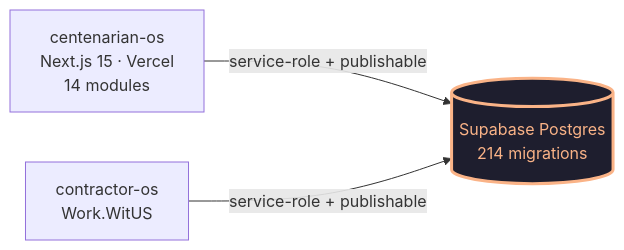
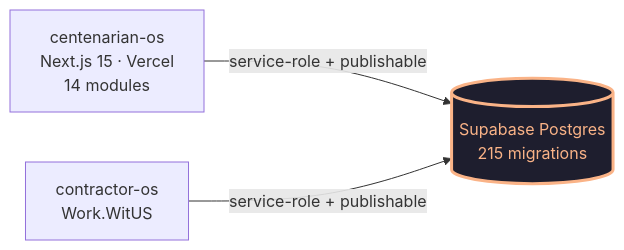
Before and after one commit to dapperAuteur/centenarian-os: the diagram in README.md, drawn with Mermaid. The commit also changed other lines of this file and 7 other files, not shown here.

````diff
--- a/README.md
+++ b/README.md
@@ -27,12 +27,12 @@
 ```mermaid
 flowchart LR
   classDef shared fill:#1e1e2e,stroke:#fab387,color:#fab387,stroke-width:3px
   classDef external fill:#11111b,stroke:#a6adc8,color:#a6adc8
 
   CentOS[centenarian-os<br/>Next.js 15 · Vercel<br/>14 modules]
   Contractor[contractor-os<br/>Work.WitUS]
-  DB[(Supabase Postgres<br/>214 migrations)]:::shared
+  DB[(Supabase Postgres<br/>215 migrations)]:::shared
 
   CentOS -->|service-role + publishable| DB
   Contractor -->|service-role + publishable| DB
 ```
````
